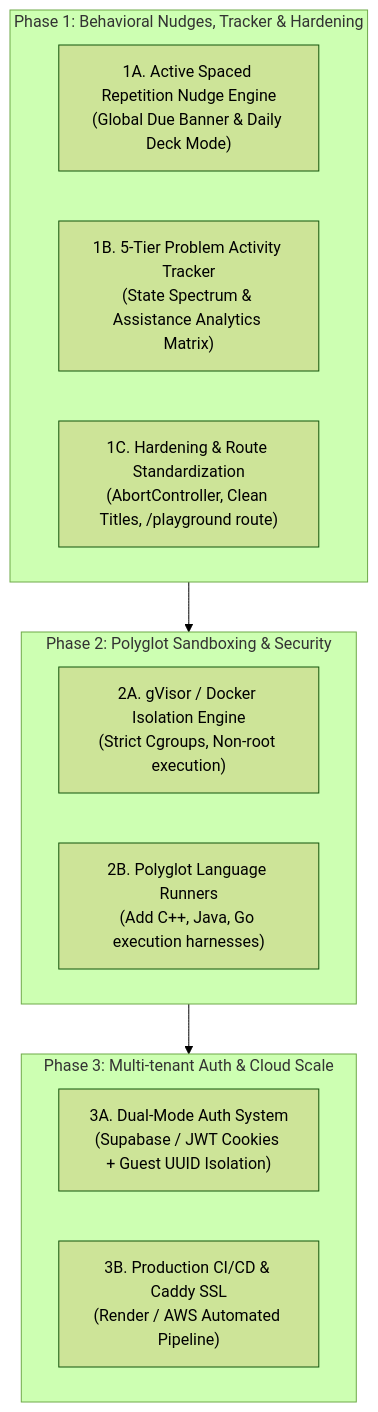
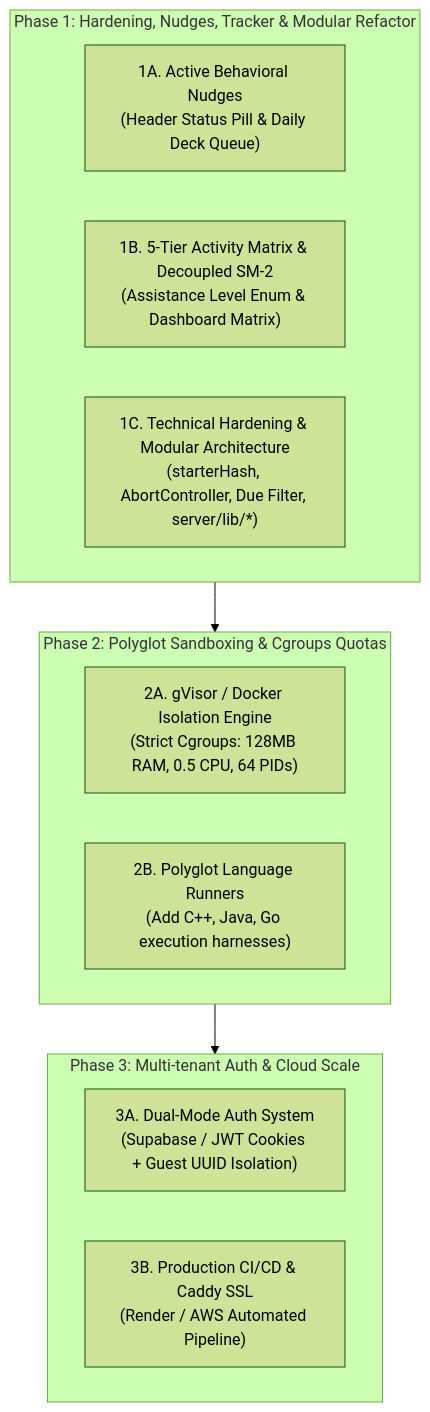
One commit to anmolsharma152/AlgoDeck changed the diagram in docs/MASTER_ROADMAP_AND_ARCHITECTURE.md. Above: the diagram before and after it, drawn with Mermaid (forest theme). The commit also changed other lines of this file, not shown here.

Commit message:
style(docs): clean LaTeX math syntax into plain markdown formatting

````diff
--- a/docs/MASTER_ROADMAP_AND_ARCHITECTURE.md
+++ b/docs/MASTER_ROADMAP_AND_ARCHITECTURE.md
@@ -69,20 +76,20 @@
 ```mermaid
 flowchart TD
-    subgraph P1["Phase 1: Behavioral Nudges, Tracker & Hardening"]
-        P1A["1A. Active Spaced Repetition Nudge Engine\n(Global Due Banner & Daily Deck Mode)"]
-        P1B["1B. 5-Tier Problem Activity Tracker\n(State Spectrum & Assistance Analytics Matrix)"]
-        P1C["1C. Hardening & Route Standardization\n(AbortController, Clean Titles, /playground route)"]
+    subgraph P1["Phase 1: Hardening, Nudges, Tracker & Modular Refactor"]
+        P1A["1A. Active Behavioral Nudges\n(Header Status Pill & Daily Deck Queue)"]
+        P1B["1B. 5-Tier Activity Matrix & Decoupled SM-2\n(Assistance Level Enum & Dashboard Matrix)"]
+        P1C["1C. Technical Hardening & Modular Architecture\n(starterHash, AbortController, Due Filter, server/lib/*)"]
     end
 
-    subgraph P2["Phase 2: Polyglot Sandboxing & Security"]
-        P2A["2A. gVisor / Docker Isolation Engine\n(Strict Cgroups, Non-root execution)"]
+    subgraph P2["Phase 2: Polyglot Sandboxing & Cgroups Quotas"]
+        P2A["2A. gVisor / Docker Isolation Engine\n(Strict Cgroups: 128MB RAM, 0.5 CPU, 64 PIDs)"]
         P2B["2B. Polyglot Language Runners\n(Add C++, Java, Go execution harnesses)"]
     end
 
     subgraph P3["Phase 3: Multi-tenant Auth & Cloud Scale"]
         P3A["3A. Dual-Mode Auth System\n(Supabase / JWT Cookies + Guest UUID Isolation)"]
         P3B["3B. Production CI/CD & Caddy SSL\n(Render / AWS Automated Pipeline)"]
     end
 
     P1 --> P2 --> P3
 ```
````
